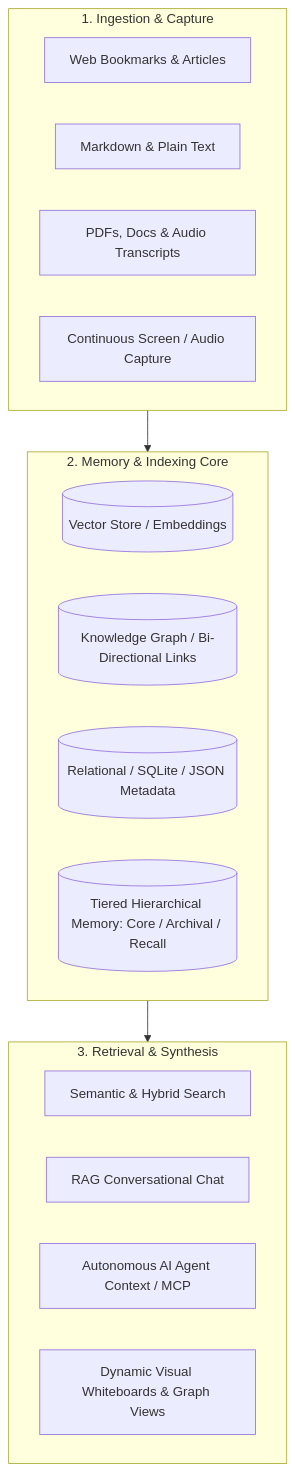
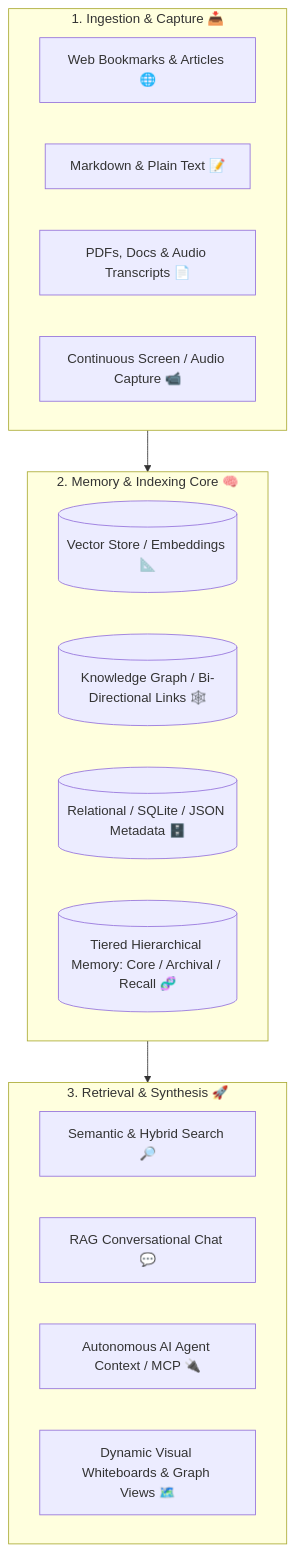
One commit to ishandutta2007/Awesome-AI-Second-Brain-Long-Term-Memory changed the diagram in README.md. Above: the diagram before and after it, drawn with Mermaid. The commit also changed other lines of this file and 1 other file, not shown here.

Commit message:
Decorate README: add dynamic SVG banner, badges, emojis, support and star history sections

````diff
--- a/README.md
+++ b/README.md
@@ -107,26 +119,26 @@
 ```mermaid
 flowchart TD
-    subgraph Capture["1. Ingestion & Capture"]
-        A1[Web Bookmarks & Articles]
-        A2[Markdown & Plain Text]
-        A3[PDFs, Docs & Audio Transcripts]
-        A4[Continuous Screen / Audio Capture]
+    subgraph Capture["1. Ingestion & Capture 📥"]
+        A1["Web Bookmarks & Articles 🌐"]
+        A2["Markdown & Plain Text 📝"]
+        A3["PDFs, Docs & Audio Transcripts 📄"]
+        A4["Continuous Screen / Audio Capture 📹"]
     end
 
-    subgraph MemoryEngine["2. Memory & Indexing Core"]
-        B1[(Vector Store / Embeddings)]
-        B2[(Knowledge Graph / Bi-Directional Links)]
-        B3[(Relational / SQLite / JSON Metadata)]
-        B4[(Tiered Hierarchical Memory: Core / Archival / Recall)]
+    subgraph MemoryEngine["2. Memory & Indexing Core 🧠"]
+        B1[("Vector Store / Embeddings 📐")]
+        B2[("Knowledge Graph / Bi-Directional Links 🕸️")]
+        B3[("Relational / SQLite / JSON Metadata 🗄️")]
+        B4[("Tiered Hierarchical Memory: Core / Archival / Recall 🧬")]
     end
 
-    subgraph AccessLayer["3. Retrieval & Synthesis"]
-        C1[Semantic & Hybrid Search]
-        C2[RAG Conversational Chat]
-        C3[Autonomous AI Agent Context / MCP]
-        C4[Dynamic Visual Whiteboards & Graph Views]
+    subgraph AccessLayer["3. Retrieval & Synthesis 🚀"]
+        C1["Semantic & Hybrid Search 🔎"]
+        C2["RAG Conversational Chat 💬"]
+        C3["Autonomous AI Agent Context / MCP 🔌"]
+        C4["Dynamic Visual Whiteboards & Graph Views 🗺️"]
     end
 
     Capture --> MemoryEngine
     MemoryEngine --> AccessLayer
 ```
````
